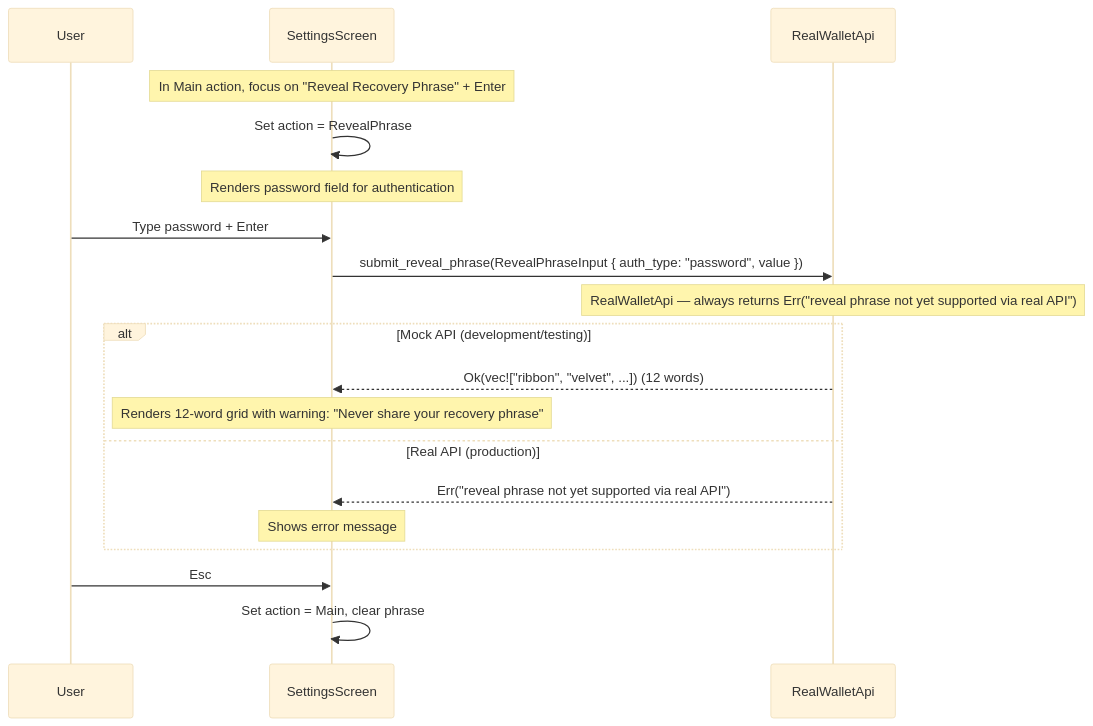
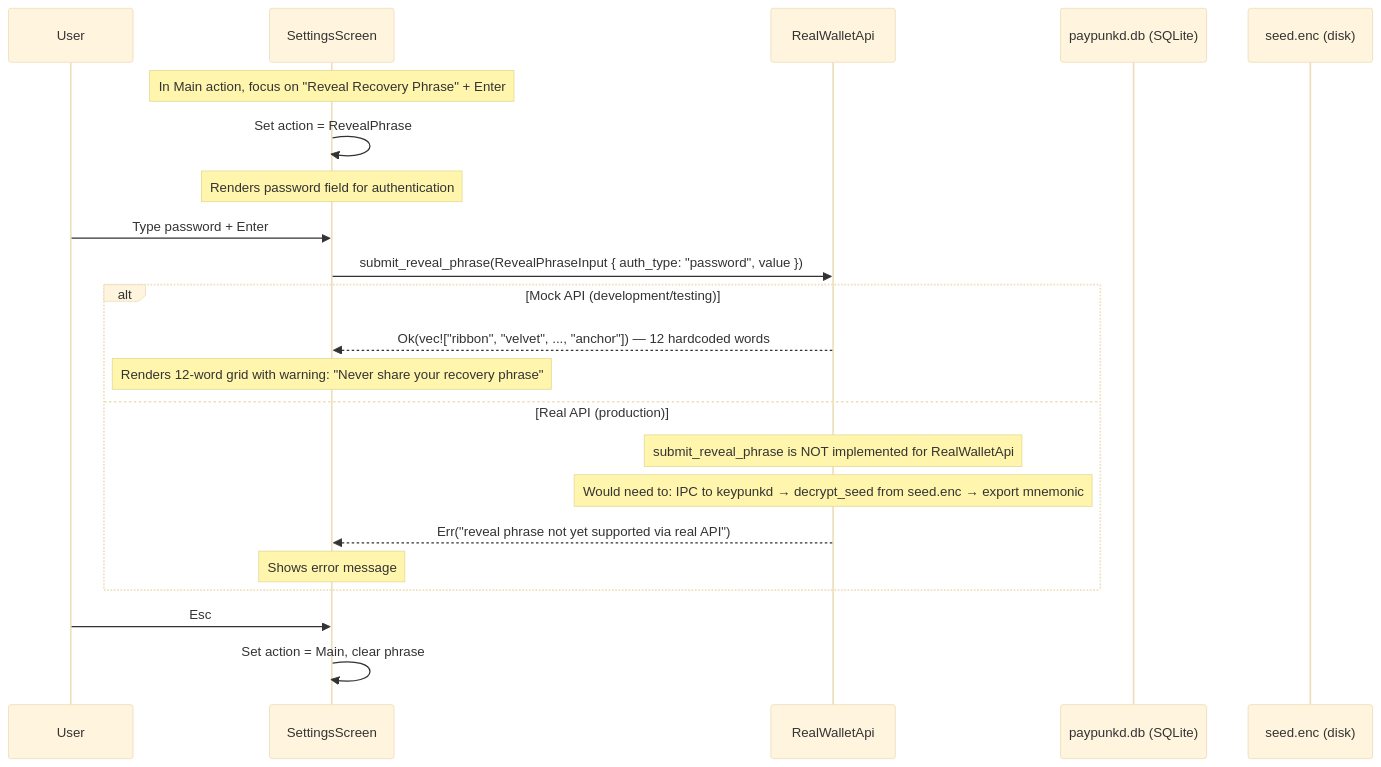
Before and after one commit to blockhackersio/paypunk: the second of 2 diagrams in tui/docs/usecases/08-settings.md, drawn with Mermaid (base theme). The commit also changed other lines of this file and 9 other files, not shown here.

````diff
--- a/tui/docs/usecases/08-settings.md
+++ b/tui/docs/usecases/08-settings.md
@@ -37,28 +43,30 @@
 ```mermaid
 sequenceDiagram
     participant U as User
     participant TUI as SettingsScreen
     participant API as RealWalletApi
+    participant SQLite as paypunkd.db (SQLite)
+    participant SeedFile as seed.enc (disk)
 
     Note over TUI: In Main action, focus on "Reveal Recovery Phrase" + Enter
     TUI->>TUI: Set action = RevealPhrase
 
     Note over TUI: Renders password field for authentication
 
     U->>TUI: Type password + Enter
 
     TUI->>API: submit_reveal_phrase(RevealPhraseInput { auth_type: "password", value })
 
-    Note over API: RealWalletApi — always returns Err("reveal phrase not yet supported via real API")
-
     alt Mock API (development/testing)
-        API-->>TUI: Ok(vec!["ribbon", "velvet", ...])  (12 words)
+        API-->>TUI: Ok(vec!["ribbon", "velvet", ..., "anchor"])  — 12 hardcoded words
         Note over TUI: Renders 12-word grid with warning: "Never share your recovery phrase"
     else Real API (production)
+        Note over API: submit_reveal_phrase is NOT implemented for RealWalletApi
+        Note over API: Would need to: IPC to keypunkd → decrypt_seed from seed.enc → export mnemonic
         API-->>TUI: Err("reveal phrase not yet supported via real API")
         Note over TUI: Shows error message
     end
 
     U->>TUI: Esc
     TUI->>TUI: Set action = Main, clear phrase
 ```
````
